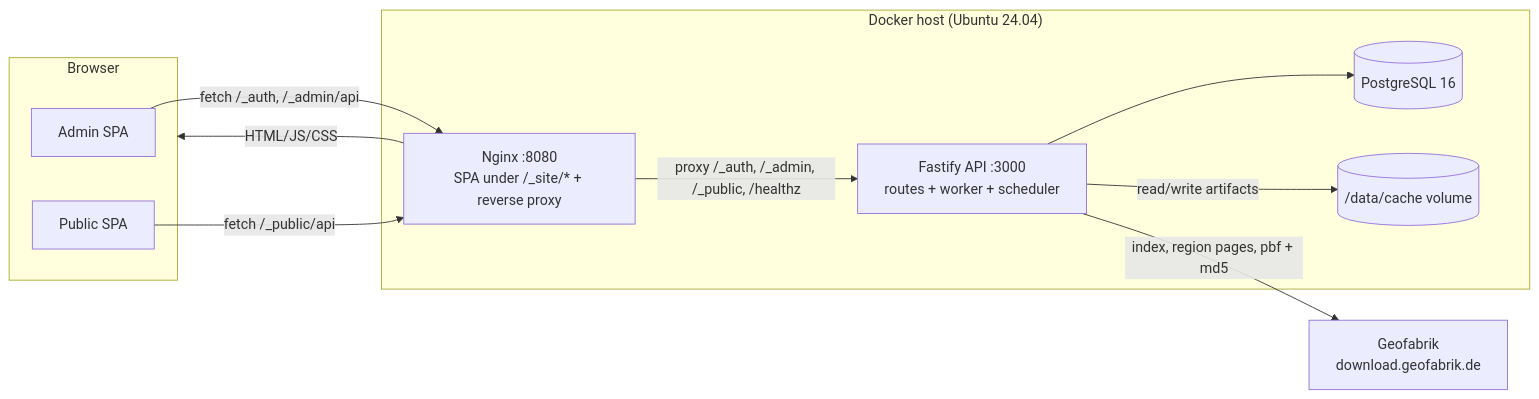
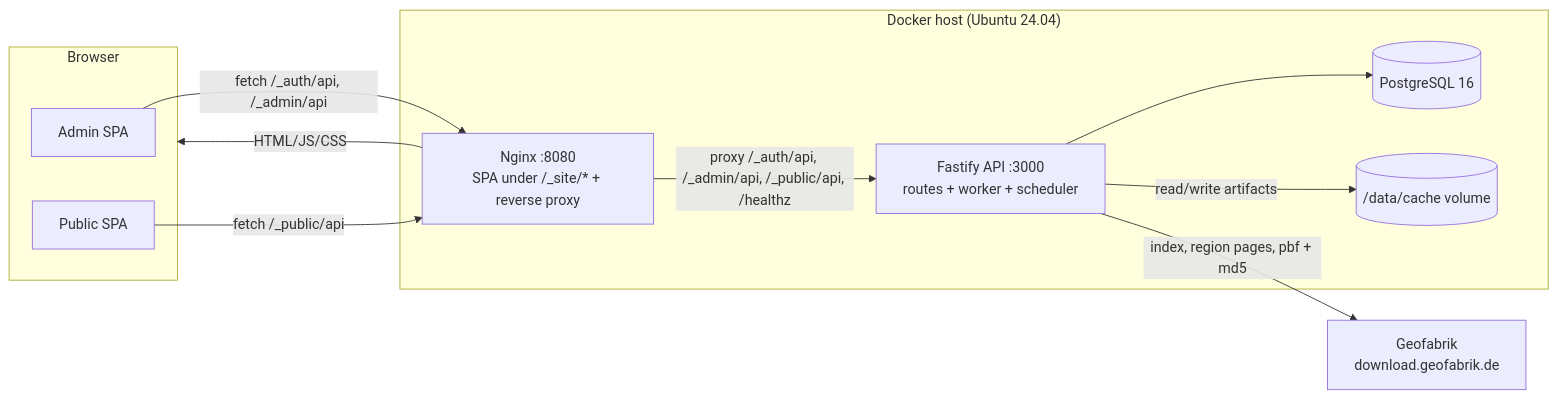
The first of 4 diagrams in docs/02-architecture.md (komeilm76/mapirror), drawn with Mermaid before and after one commit. The commit also changed 11 other files, not shown here.

````diff
--- a/docs/02-architecture.md
+++ b/docs/02-architecture.md
@@ -10,22 +10,22 @@
 ```mermaid
 flowchart LR
   subgraph Browser
     A[Admin SPA]
     P[Public SPA]
   end
   subgraph Docker["Docker host (Ubuntu 24.04)"]
     N[Nginx :8080<br/>SPA under /_site/* + reverse proxy]
     S[Fastify API :3000<br/>routes + worker + scheduler]
     D[(PostgreSQL 16)]
     V[(/data/cache volume)]
   end
   G[Geofabrik<br/>download.geofabrik.de]
 
-  A -->|fetch /_auth, /_admin/api| N
+  A -->|fetch /_auth/api, /_admin/api| N
   P -->|fetch /_public/api| N
   N -->|HTML/JS/CSS| Browser
-  N -->|proxy /_auth, /_admin, /_public, /healthz| S
+  N -->|proxy /_auth/api, /_admin/api, /_public/api, /healthz| S
   S --> D
   S -->|read/write artifacts| V
   S -->|index, region pages, pbf + md5| G
 ```
````
